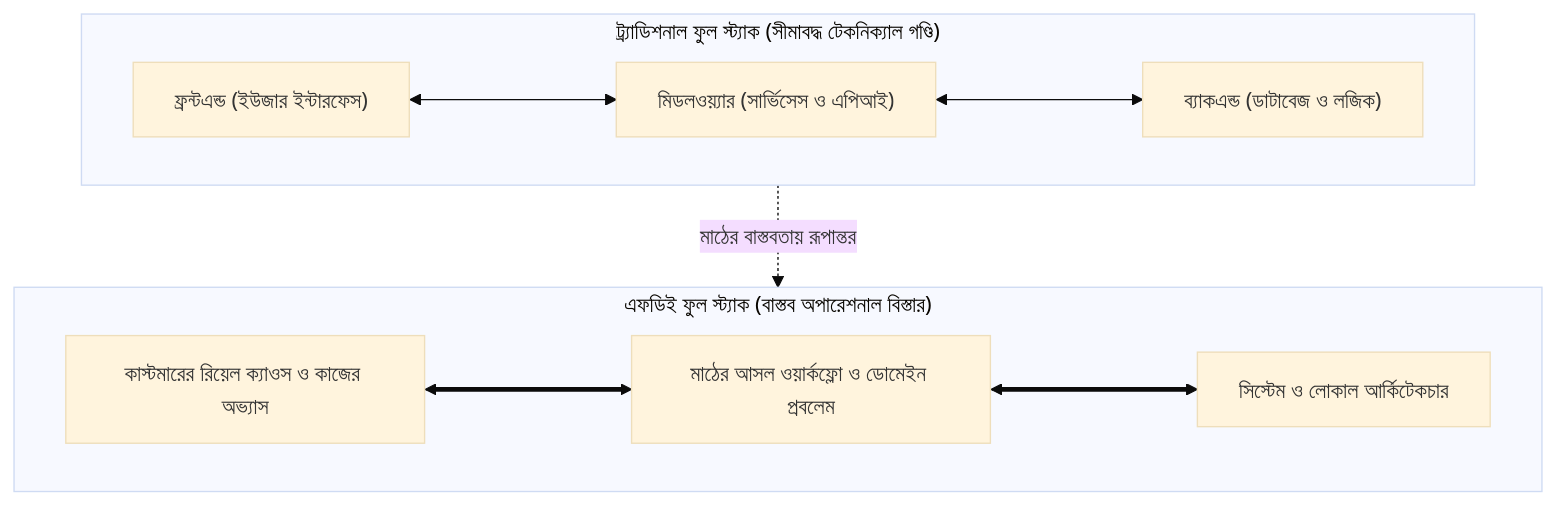
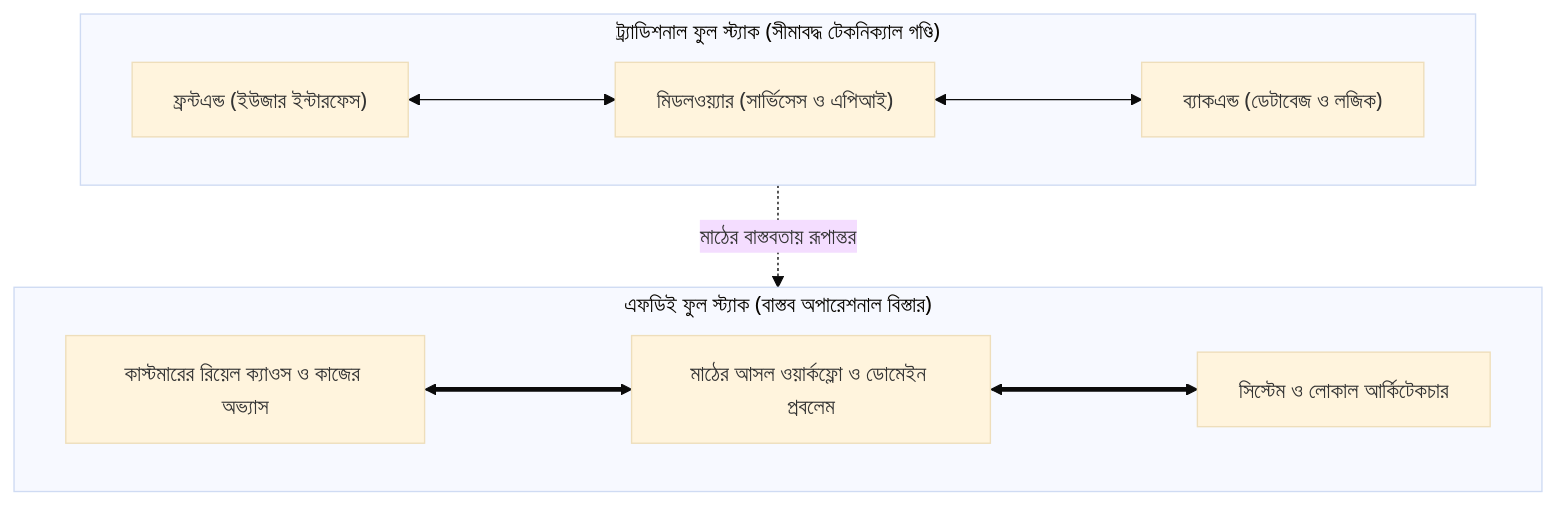
The diagram in docs/intro/index.md (aiwithr/fde_book), drawn with Mermaid (base theme) before and after one commit. The commit also changed other lines of this file and 9 other files, not shown here.

````diff
--- a/docs/intro/index.md
+++ b/docs/intro/index.md
@@ -50,14 +50,14 @@
 ```mermaid
 flowchart TD
     subgraph Traditional["ট্র্যাডিশনাল ফুল স্ট্যাক (সীমাবদ্ধ টেকনিক্যাল গণ্ডি)"]
         direction LR
-        T1["ফ্রন্টএন্ড (ইউজার ইন্টারফেস)"] <---> T2["মিডলওয়্যার (সার্ভিসেস ও এপিআই)"] <---> T3["ব্যাকএন্ড (ডাটাবেজ ও লজিক)"]
+        T1["ফ্রন্টএন্ড (ইউজার ইন্টারফেস)"] <---> T2["মিডলওয়্যার (সার্ভিসেস ও এপিআই)"] <---> T3["ব্যাকএন্ড (ডেটাবেজ ও লজিক)"]
     end
 
     subgraph FDE["এফডিই ফুল স্ট্যাক (বাস্তব অপারেশনাল বিস্তার)"]
         direction LR
         F1["কাস্টমারের রিয়েল ক্যাওস ও কাজের অভ্যাস"] <===> F2["মাঠের আসল ওয়ার্কফ্লো ও ডোমেইন প্রবলেম"] <===> F3["সিস্টেম ও লোকাল আর্কিটেকচার"]
     end
 
     Traditional -.->|"মাঠের বাস্তবতায় রূপান্তর"| FDE
 ```
````
